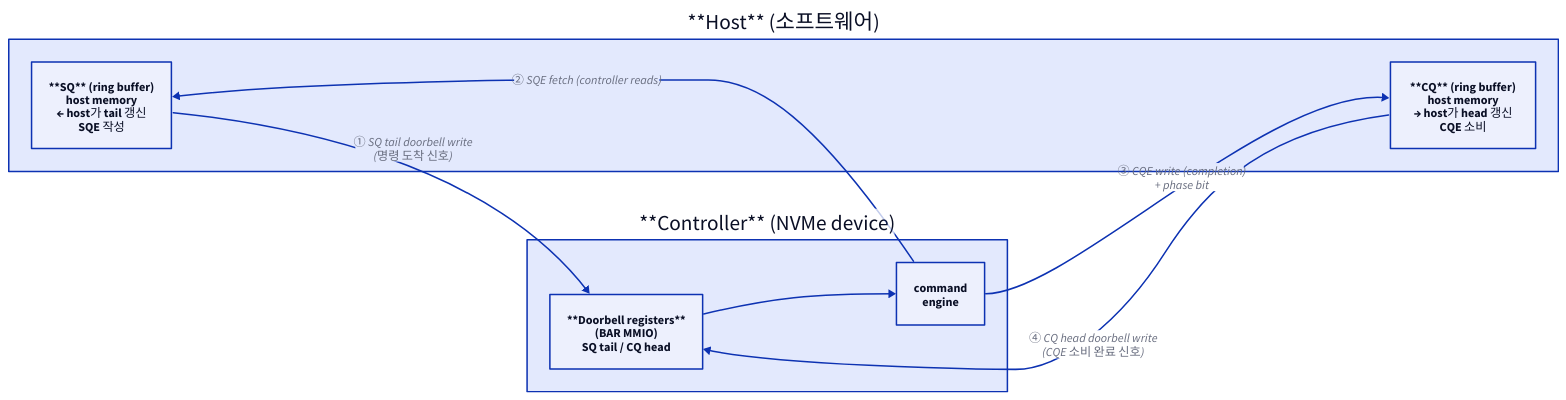
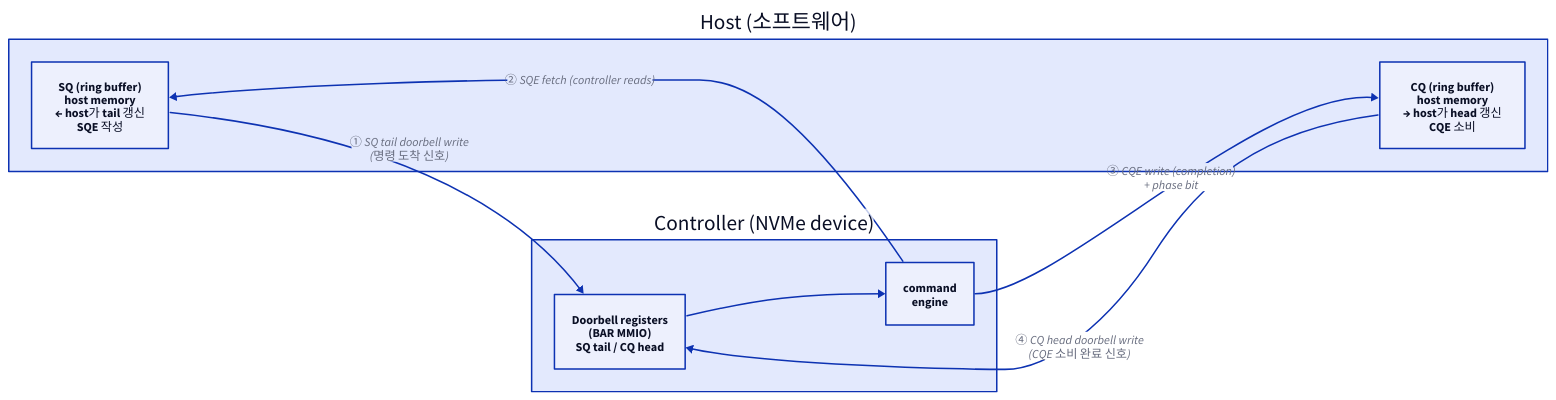
Before and after one commit to humbleowl39/DV_SKOOL: the first of 3 diagrams in starlight_site/src/content/docs/nvme/02_sq_cq_doorbell.md, drawn with D2. The commit also changed other lines of this file and 714 other files, not shown here.

First line of the commit message:
fix(site): d2 다이어그램 가독성 결함 6종 일괄 수정

````diff
--- a/starlight_site/src/content/docs/nvme/02_sq_cq_doorbell.md
+++ b/starlight_site/src/content/docs/nvme/02_sq_cq_doorbell.md
@@ -42,19 +42,19 @@
 ```d2
 direction: right
 
-HOST: "**Host** (소프트웨어)" {
-  SQ: "**SQ** (ring buffer)\nhost memory\n← host가 tail 갱신\nSQE 작성"
-  CQ: "**CQ** (ring buffer)\nhost memory\n→ host가 head 갱신\nCQE 소비"
+HOST: "Host (소프트웨어)" {
+  SQ: "SQ (ring buffer)\nhost memory\n← host가 tail 갱신\nSQE 작성"
+  CQ: "CQ (ring buffer)\nhost memory\n→ host가 head 갱신\nCQE 소비"
 }
 
-CTRL: "**Controller** (NVMe device)" {
-  DB: "**Doorbell registers**\n(BAR MMIO)\nSQ tail / CQ head"
+CTRL: "Controller (NVMe device)" {
+  DB: "Doorbell registers\n(BAR MMIO)\nSQ tail / CQ head"
   ENG: "command\nengine"
   DB -> ENG
 }
 
 HOST.SQ -> CTRL.DB: "① SQ tail doorbell write\n(명령 도착 신호)"
 CTRL.ENG -> HOST.SQ: "② SQE fetch (controller reads)"
 CTRL.ENG -> HOST.CQ: "③ CQE write (completion)\n+ phase bit"
 HOST.CQ -> CTRL.DB: "④ CQ head doorbell write\n(CQE 소비 완료 신호)"
 ```
````
